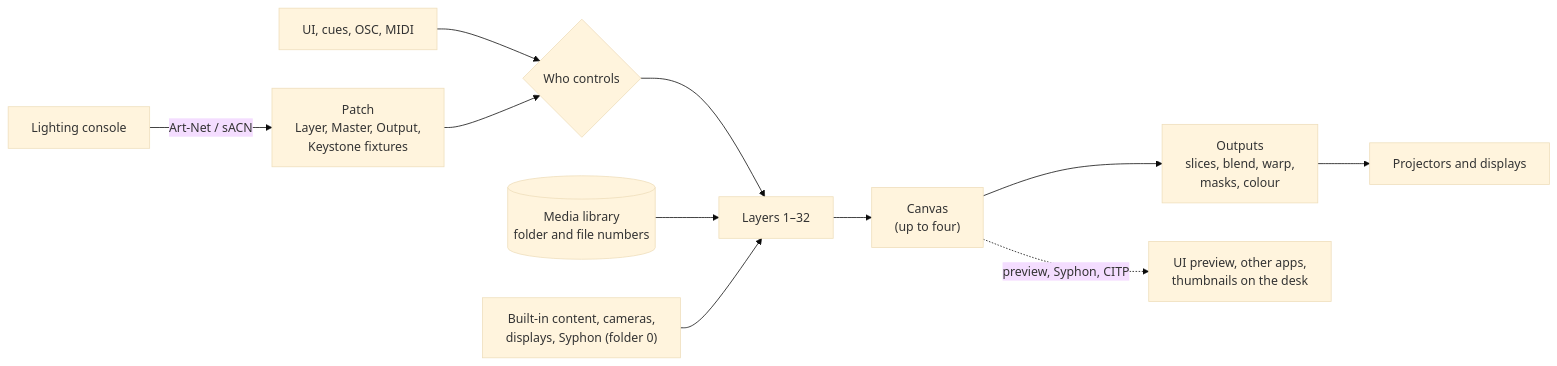
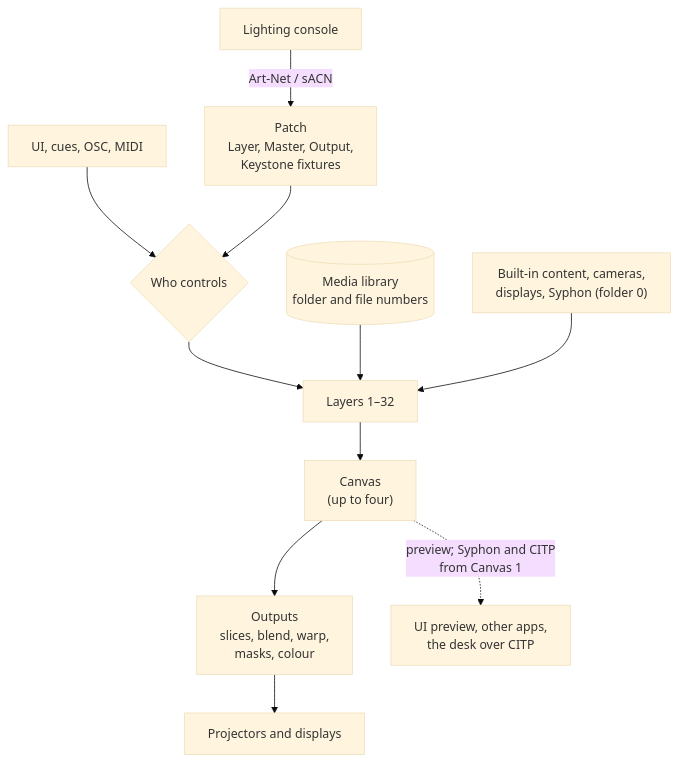
Before and after one commit to Timdebruijn/fanous: the diagram in docs/user/how-it-works.md, drawn with Mermaid (base theme). The commit also changed other lines of this file and 9 other files, not shown here.

````diff
--- a/docs/user/how-it-works.md
+++ b/docs/user/how-it-works.md
@@ -30,13 +30,13 @@
 ```mermaid
-flowchart LR
+flowchart TB
   console["Lighting console"] -- "Art-Net / sACN" --> patch["Patch<br>Layer, Master, Output,<br>Keystone fixtures"]
   other["UI, cues, OSC, MIDI"] --> who{"Who controls"}
   patch --> who
   who --> layers["Layers 1–32"]
   library[("Media library<br>folder and file numbers")] --> layers
   live["Built-in content, cameras,<br>displays, Syphon (folder 0)"] --> layers
   layers --> canvas["Canvas<br>(up to four)"]
   canvas --> outputs["Outputs<br>slices, blend, warp,<br>masks, colour"]
   outputs --> screens["Projectors and displays"]
-  canvas -. "preview, Syphon, CITP" .-> back["UI preview, other apps,<br>thumbnails on the desk"]
+  canvas -. "preview; Syphon and CITP<br>from Canvas 1" .-> back["UI preview, other apps,<br>the desk over CITP"]
 ```
````
